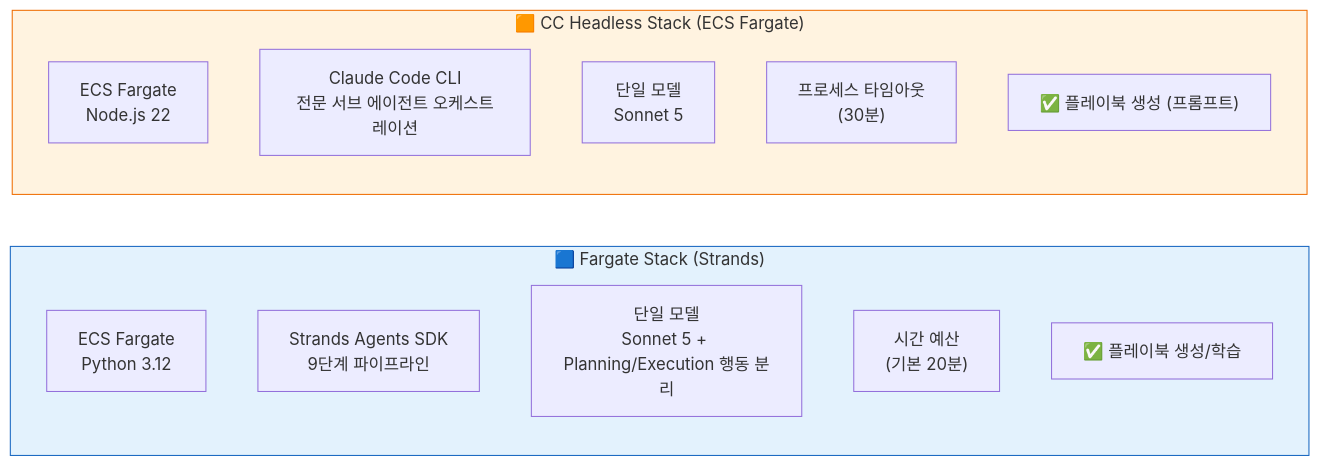
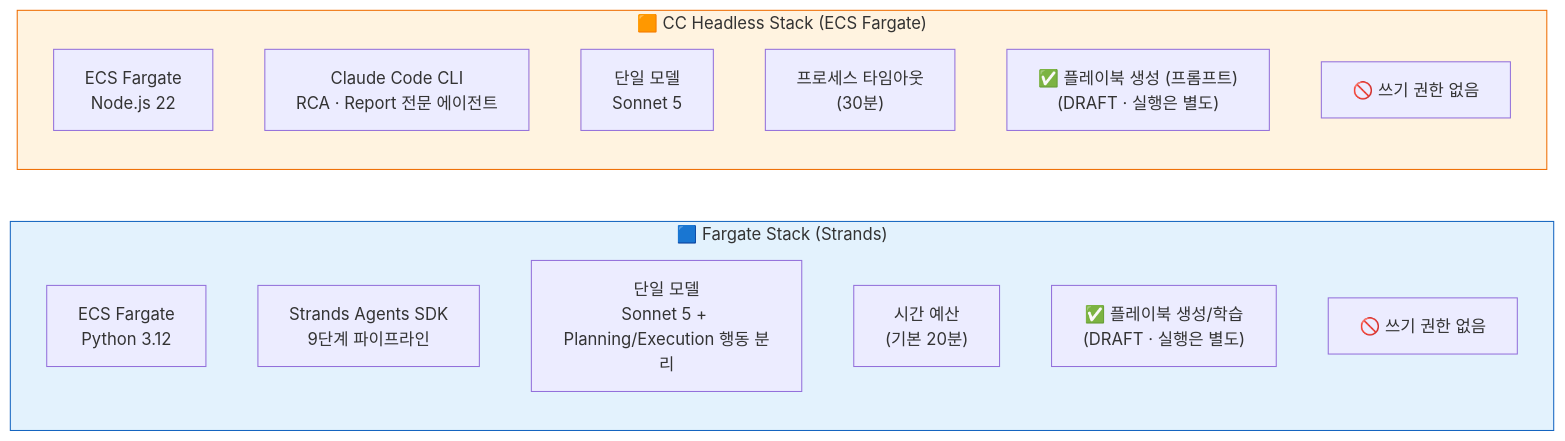
Before and after one commit to haandol/rca-agent: the fifth of 25 diagrams in docs/system-guide-for-ops.md, drawn with Mermaid. The commit also changed other lines of this file and 7 other files, not shown here.

````diff
--- a/docs/system-guide-for-ops.md
+++ b/docs/system-guide-for-ops.md
@@ -253,23 +319,25 @@
 ```mermaid
 graph LR
     subgraph Fargate["🟦 Fargate Stack (Strands)"]
         direction TB
         F_ENV["ECS Fargate<br/>Python 3.12"]
         F_SDK["Strands Agents SDK<br/>9단계 파이프라인"]
         F_MODEL["단일 모델<br/>Sonnet 5 + Planning/Execution 행동 분리"]
         F_TIME["시간 예산<br/>(기본 20분)"]
-        F_PLAY["✅ 플레이북 생성/학습"]
+        F_PLAY["✅ 플레이북 생성/학습<br/>(DRAFT · 실행은 별도)"]
+        F_WRITE["🚫 쓰기 권한 없음"]
     end
 
     subgraph CcStack["🟧 CC Headless Stack (ECS Fargate)"]
         direction TB
         L_ENV["ECS Fargate<br/>Node.js 22"]
-        L_SDK["Claude Code CLI<br/>전문 서브 에이전트 오케스트레이션"]
+        L_SDK["Claude Code CLI<br/>RCA · Report 전문 에이전트"]
         L_MODEL["단일 모델<br/>Sonnet 5"]
         L_TIME["프로세스 타임아웃<br/>(30분)"]
-        L_PLAY["✅ 플레이북 생성 (프롬프트)"]
+        L_PLAY["✅ 플레이북 생성 (프롬프트)<br/>(DRAFT · 실행은 별도)"]
+        L_WRITE["🚫 쓰기 권한 없음"]
     end
 
     style Fargate fill:#e3f2fd,stroke:#1565c0
     style CcStack fill:#fff3e0,stroke:#ef6c00
 ```
````
